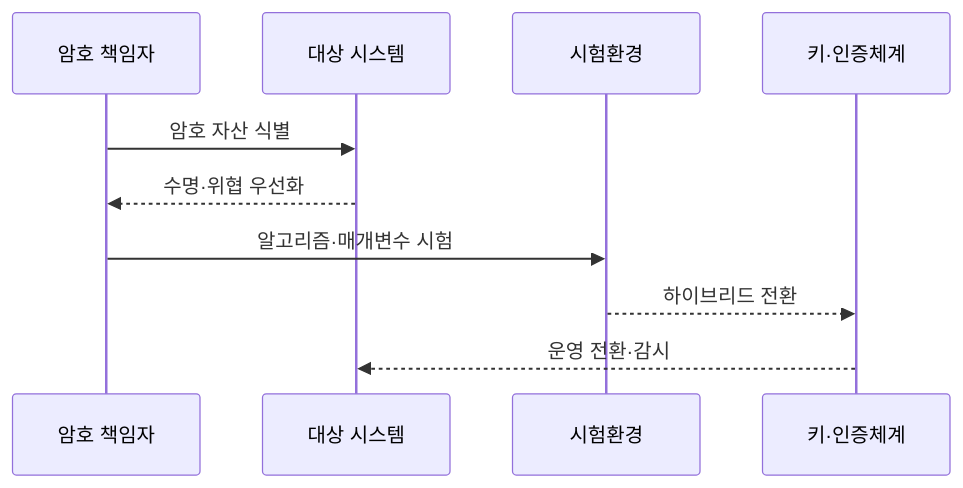
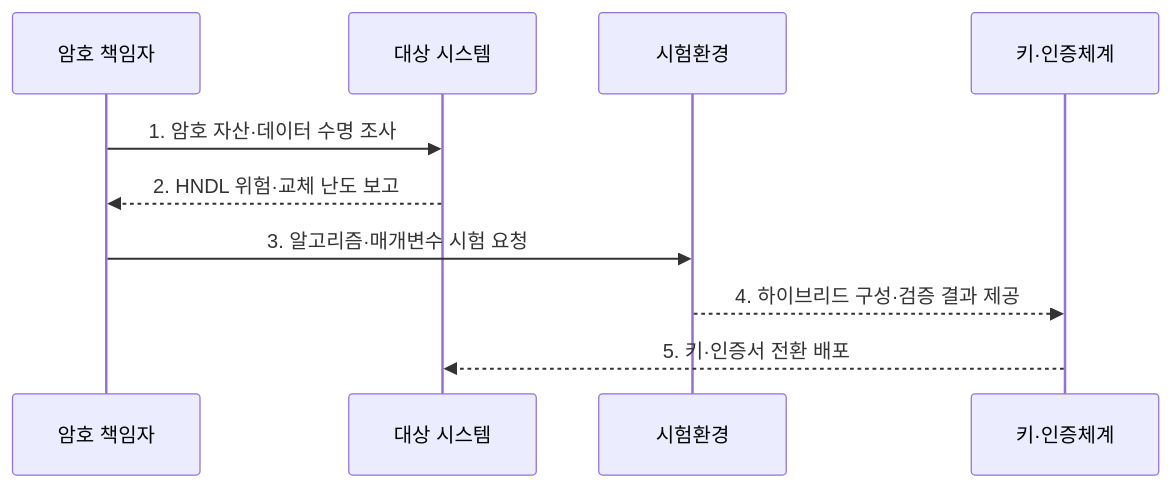
The second of 2 diagrams in src/content/docs/notes/07-law-policy/039_nist_pqc_fips.md (agnusdei1207/knowledge-base), drawn with Mermaid before and after one commit. The commit also changed other lines of this file and 9 other files, not shown here.

````diff
--- a/src/content/docs/notes/07-law-policy/039_nist_pqc_fips.md
+++ b/src/content/docs/notes/07-law-policy/039_nist_pqc_fips.md
@@ -82,12 +81,12 @@
 ```mermaid
 sequenceDiagram
     participant O as 암호 책임자
     participant S as 대상 시스템
     participant T as 시험환경
     participant K as 키·인증체계
-    O->>S: 암호 자산 식별
-    S-->>O: 수명·위협 우선화
-    O->>T: 알고리즘·매개변수 시험
-    T-->>K: 하이브리드 전환
-    K-->>S: 운영 전환·감시
+    O->>S: 1. 암호 자산·데이터 수명 조사
+    S-->>O: 2. HNDL 위험·교체 난도 보고
+    O->>T: 3. 알고리즘·매개변수 시험 요청
+    T-->>K: 4. 하이브리드 구성·검증 결과 제공
+    K-->>S: 5. 키·인증서 전환 배포
 ```
````
